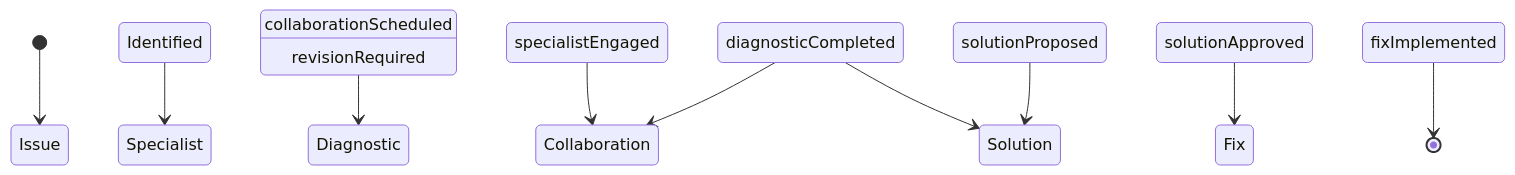
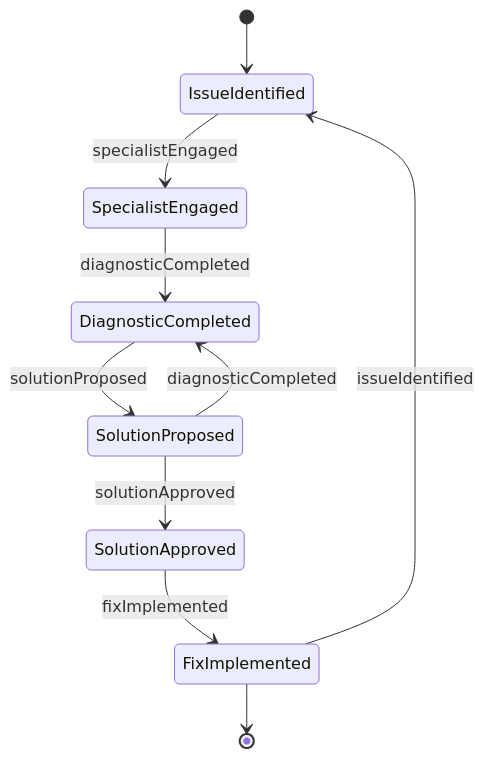
Before and after one commit to dot-org-ai/tasks.org.ai: the second of 4 diagrams in CommunicatingWithSupervisorsPeersOrSubordinates/CoordinateWithOthersToResolveProblems/CollaborateTechnicalSpecialistsResolveDesign.mdx, drawn with Mermaid. The commit also changed other lines of this file and 515 other files, not shown here.

````diff
--- a/CommunicatingWithSupervisorsPeersOrSubordinates/CoordinateWithOthersToResolveProblems/CollaborateTechnicalSpecialistsResolveDesign.mdx
+++ b/CommunicatingWithSupervisorsPeersOrSubordinates/CoordinateWithOthersToResolveProblems/CollaborateTechnicalSpecialistsResolveDesign.mdx
@@ -99,12 +99,12 @@
 ```mermaid
 stateDiagram-v2
-    [*] --> Issue Identified
-    Issue Identified --> Specialist Engaged : specialistEngaged
-    Specialist Engaged --> Collaboration Scheduled : collaborationScheduled
-    Collaboration Scheduled --> Diagnostic Completed : diagnosticCompleted
-    Diagnostic Completed --> Solution Proposed : solutionProposed
-    Solution Proposed --> Solution Approved : solutionApproved
-    Solution Approved --> Fix Implemented : fixImplemented
-    Diagnostic Completed --> Collaboration Scheduled : revisionRequired
-    Fix Implemented --> [*]
+    [*] --> IssueIdentified
+    IssueIdentified --> SpecialistEngaged : specialistEngaged
+    SpecialistEngaged --> DiagnosticCompleted : diagnosticCompleted
+    DiagnosticCompleted --> SolutionProposed : solutionProposed
+    SolutionProposed --> SolutionApproved : solutionApproved
+    SolutionApproved --> FixImplemented : fixImplemented
+    SolutionProposed --> DiagnosticCompleted : diagnosticCompleted
+    FixImplemented --> IssueIdentified : issueIdentified
+    FixImplemented --> [*]
 ```
````
